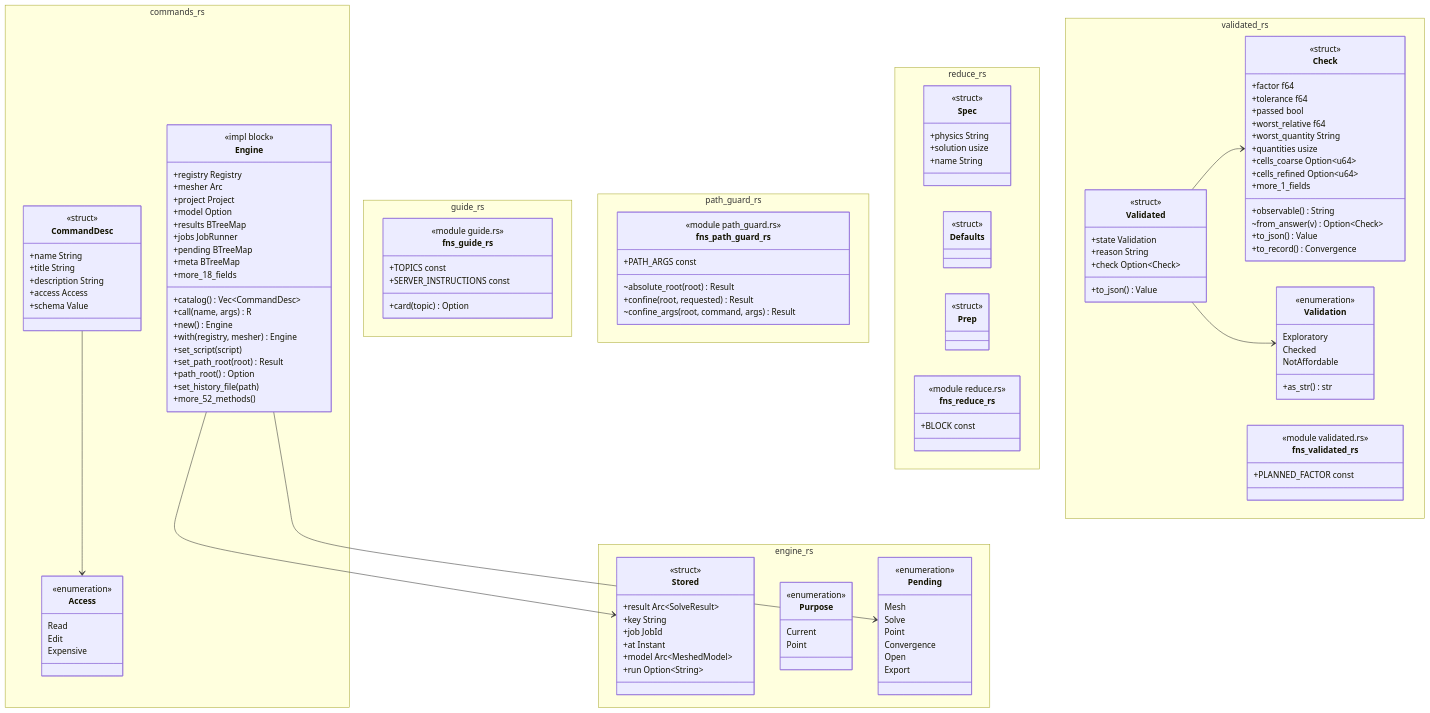
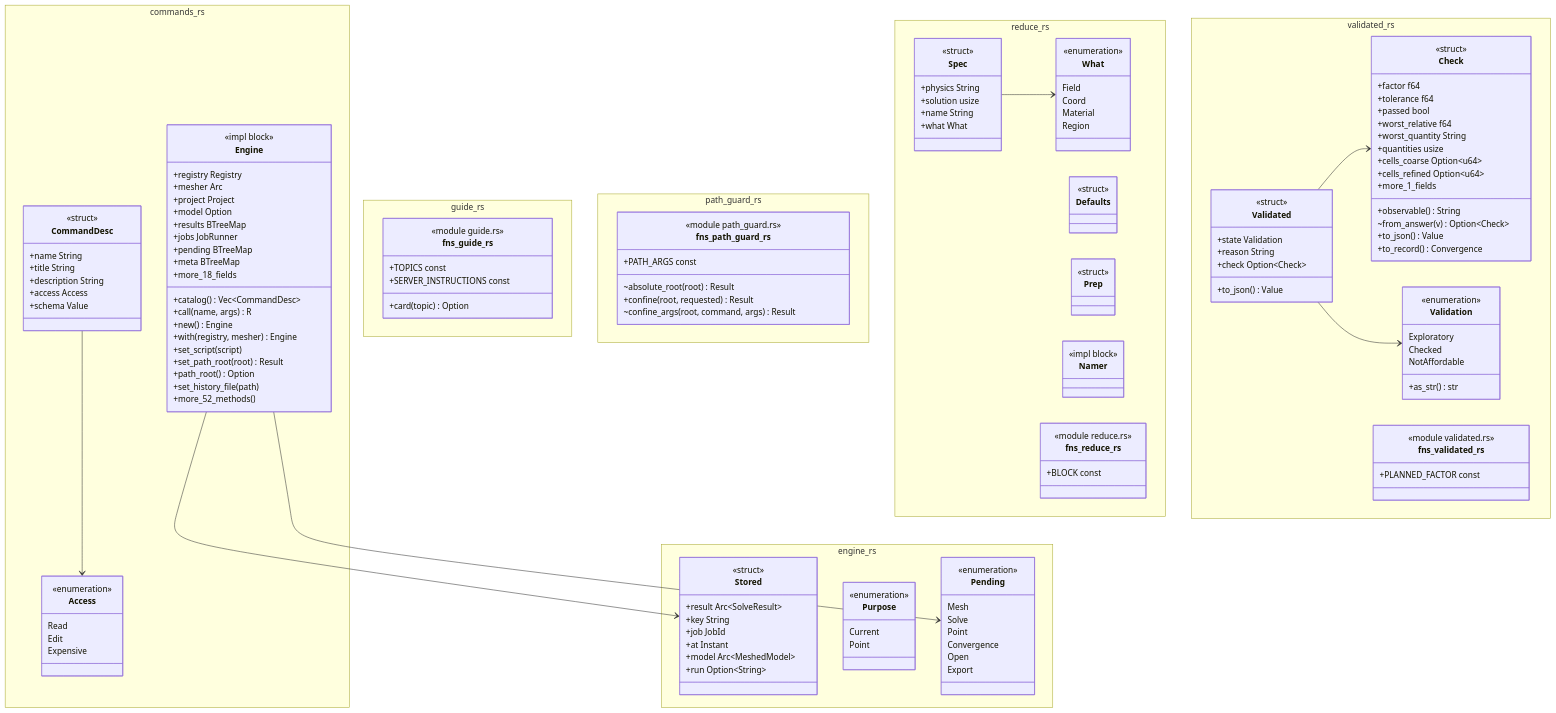
The diagram in docs/architecture/c4/4-code/engine/commands.md (p-j-r/nyx), drawn with Mermaid before and after one commit. The commit also changed other lines of this file and 42 other files, not shown here.

````diff
--- a/docs/architecture/c4/4-code/engine/commands.md
+++ b/docs/architecture/c4/4-code/engine/commands.md
@@ -139,17 +139,28 @@
     }
   }
   namespace reduce_rs {
+    class What {
+        <<enumeration>>
+        Field
+        Coord
+        Material
+        Region
+    }
     class Spec {
         <<struct>>
         +physics String
         +solution usize
         +name String
+        +what What
     }
     class Defaults {
         <<struct>>
     }
     class Prep {
         <<struct>>
+    }
+    class Namer {
+        <<impl block>>
     }
     class fns_reduce_rs {
         <<module reduce.rs>>
@@ -195,6 +206,7 @@
   CommandDesc --> Access
   Engine --> Stored
   Engine --> Pending
+  Spec --> What
   Validated --> Validation
   Validated --> Check
 ```
````
